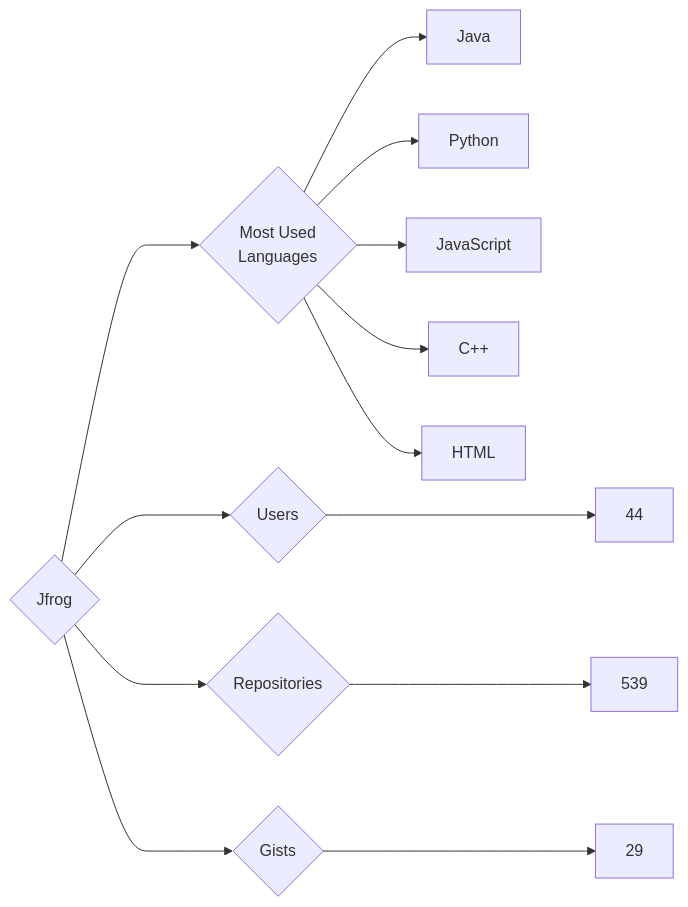
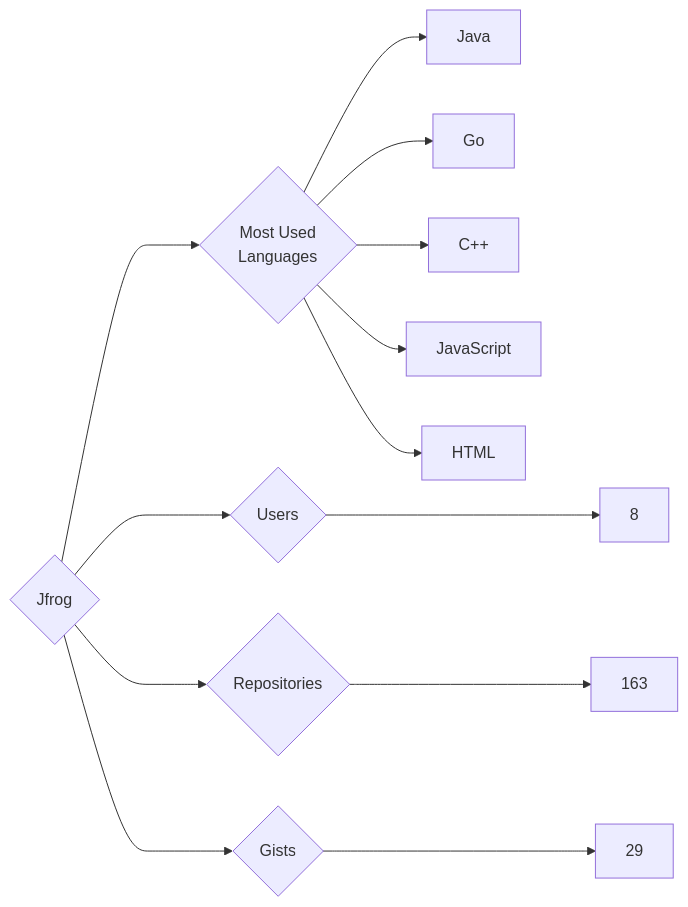
The diagram in targets/Jfrog/README.md (trickest/insiders), drawn with Mermaid before and after one commit. The commit also changed 736 other files, not shown here.

````diff
--- a/targets/Jfrog/README.md
+++ b/targets/Jfrog/README.md
@@ -3,13 +3,13 @@
 ```mermaid
 graph LR
 COMPANY_NAME{Jfrog}
-COMPANY_NAME ---> U{Users} ---> UN[44]
-COMPANY_NAME ---> R{Repositories} ---> RN[539]
+COMPANY_NAME ---> U{Users} ---> UN[8]
+COMPANY_NAME ---> R{Repositories} ---> RN[163]
 COMPANY_NAME ---> G{Gists} ---> GN[29]
 COMPANY_NAME ---> ML{Most Used<br>Languages}
 ML --> Java[Java]
-ML --> Python[Python]
+ML --> Go[Go]
+ML --> C++[C++]
 ML --> JavaScript[JavaScript]
-ML --> C++[C++]
 ML --> HTML[HTML]
 ```
````
